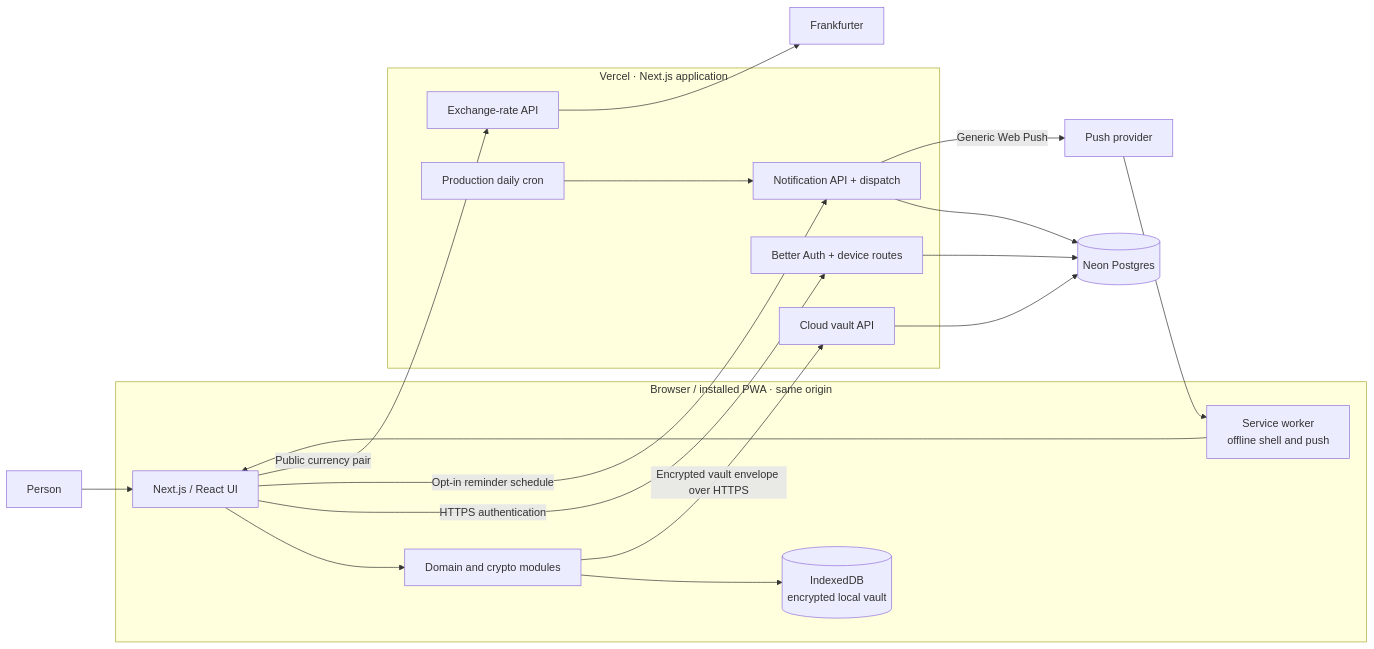
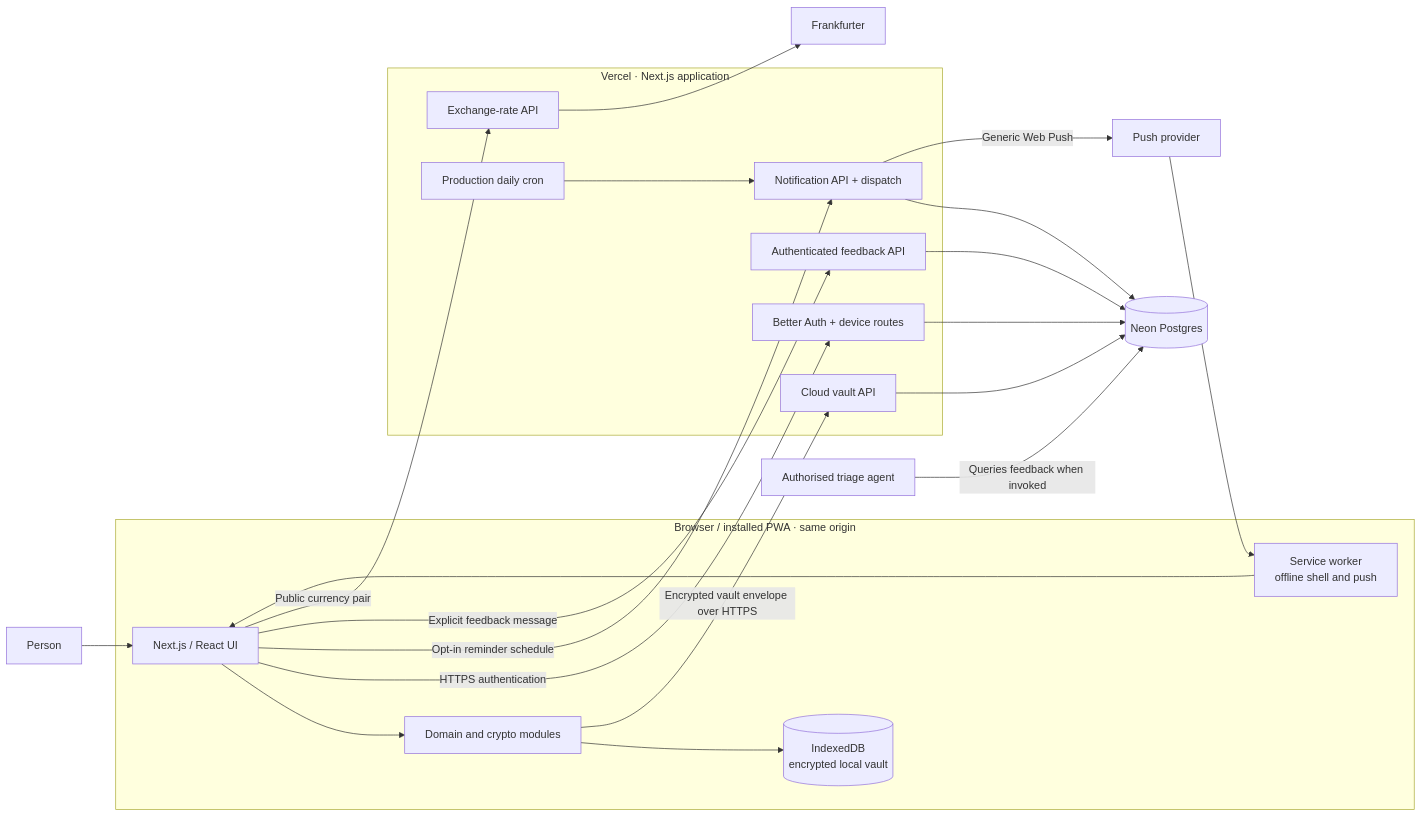
Before and after one commit to devcamos/drip: the second of 3 diagrams in docs/architecture.md, drawn with Mermaid. The commit also changed other lines of this file and 38 other files, not shown here.

````diff
--- a/docs/architecture.md
+++ b/docs/architecture.md
@@ -19,26 +19,30 @@
 ```mermaid
 flowchart LR
     User["Person"] --> UI
     subgraph Browser["Browser / installed PWA · same origin"]
         UI["Next.js / React UI"] --> Domain["Domain and crypto modules"]
         Domain --> IDB[("IndexedDB<br/>encrypted local vault")]
         Worker["Service worker<br/>offline shell and push"] --> UI
     end
     UI -->|"HTTPS authentication"| Auth
     Domain -->|"Encrypted vault envelope over HTTPS"| Cloud
     UI -->|"Opt-in reminder schedule"| Notify
+    UI -->|"Explicit feedback message"| Feedback
     UI -->|"Public currency pair"| Exchange
     subgraph Vercel["Vercel · Next.js application"]
         Auth["Better Auth + device routes"]
         Cloud["Cloud vault API"]
         Notify["Notification API + dispatch"]
+        Feedback["Authenticated feedback API"]
         Exchange["Exchange-rate API"]
         Cron["Production daily cron"] --> Notify
     end
     Auth --> DB[("Neon Postgres")]
     Cloud --> DB
     Notify --> DB
+    Feedback --> DB
+    Agent["Authorised triage agent"] -->|"Queries feedback when invoked"| DB
     Notify -->|"Generic Web Push"| Push["Push provider"]
     Push --> Worker
     Exchange --> FX["Frankfurter"]
 ```
````
